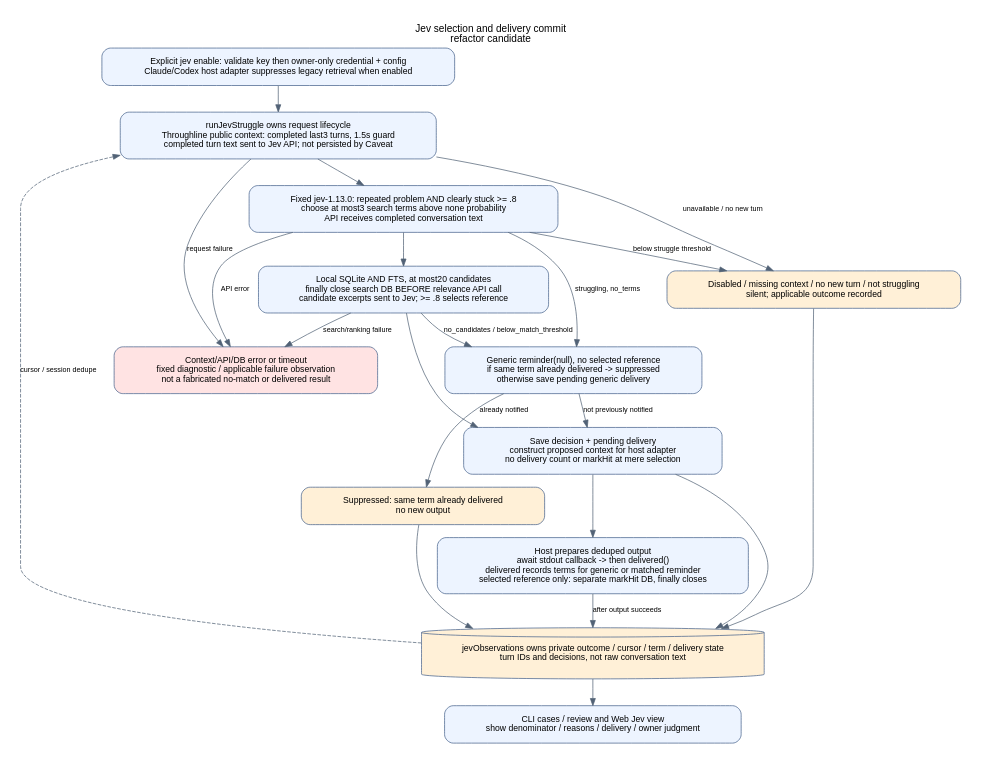
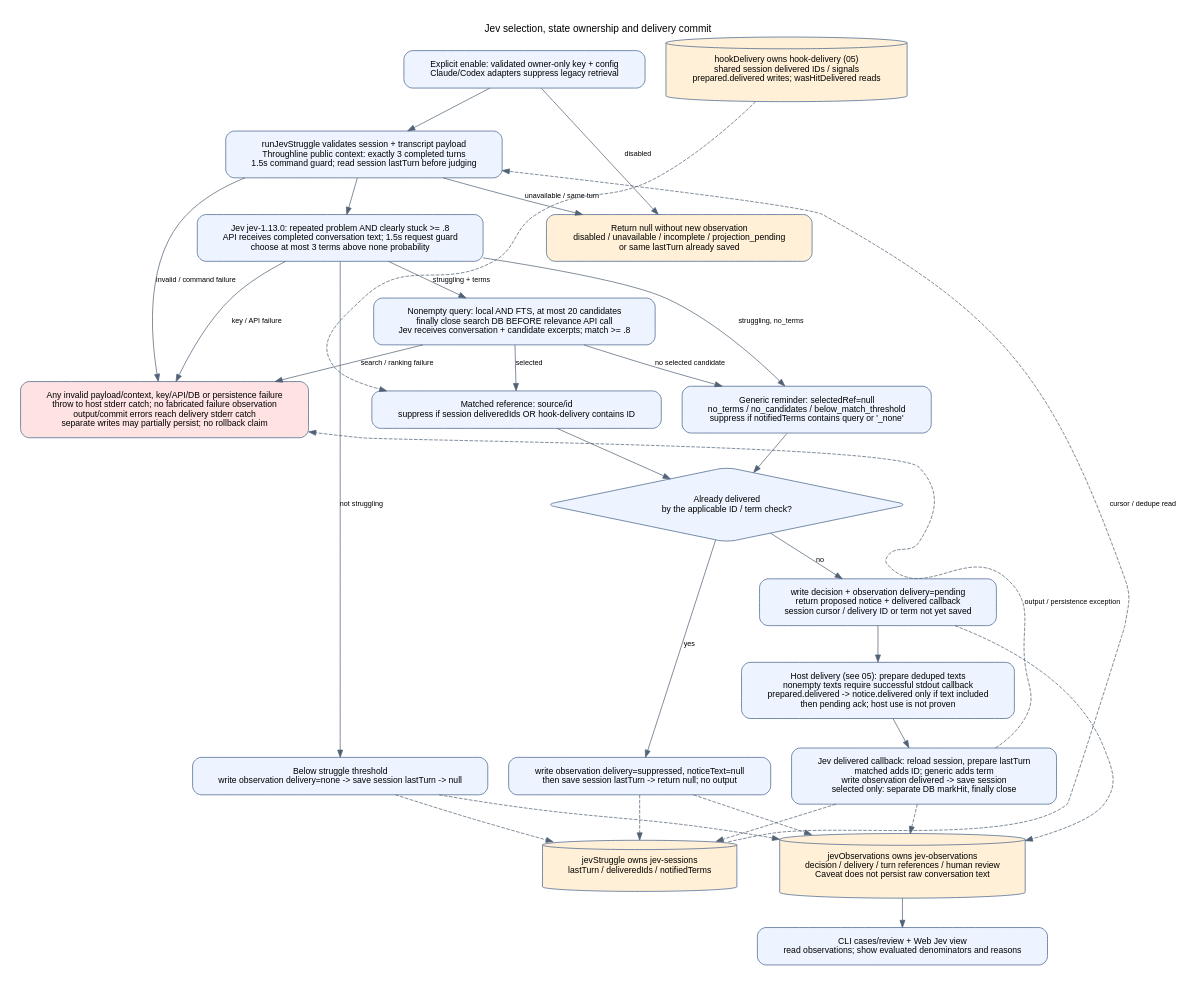
The diagram in docs/diagrams/14-jev.dot (kitepon/Caveat), drawn with Graphviz before and after one commit. The commit also changed 9 other files, not shown here.

Commit message:
docs: clarify Jev state ownership and installation order

```diff
--- a/docs/diagrams/14-jev.dot
+++ b/docs/diagrams/14-jev.dot
@@ -1,35 +1,44 @@
 digraph jev {
- graph [rankdir=TB, bgcolor="white", pad="0.3", nodesep="0.35", ranksep="0.5", fontname="Arial", label="Jev selection and delivery commit\nrefactor candidate", labelloc=t];
- node [shape=box, style="rounded,filled", fillcolor="#edf4ff", color="#45618a", fontname="Arial", fontsize=12, margin="0.8,0.18"];
- edge [fontname="Arial", fontsize=10, color="#526276"];
- enable [label="Explicit jev enable: validate key then owner-only credential + config\nClaude/Codex host adapter suppresses legacy retrieval when enabled"];
- context [label="runJevStruggle owns request lifecycle\nThroughline public context: completed last3 turns, 1.5s guard\ncompleted turn text sent to Jev API; not persisted by Caveat"];
- state [shape=cylinder,fillcolor="#fff0d7",label="jevObservations owns private outcome / cursor / term / delivery state\nturn IDs and decisions, not raw conversation text"];
- score [label="Fixed jev-1.13.0: repeated problem AND clearly stuck >= .8\nchoose at most3 search terms above none probability\nAPI receives completed conversation text"];
- fts [label="Local SQLite AND FTS, at most20 candidates\nfinally close search DB BEFORE relevance API call\ncandidate excerpts sent to Jev; >= .8 selects reference"];
- prepare [label="Save decision + pending delivery\nconstruct proposed context for host adapter\nno delivery count or markHit at mere selection"];
- output [label="Host prepares deduped output\nawait stdout callback -> then delivered()\ndelivered records terms for generic or matched reminder\nselected reference only: separate markHit DB, finally closes"];
- review [label="CLI cases / review and Web Jev view\nshow denominator / reasons / delivery / owner judgment"];
- none [fillcolor="#fff0d7",label="Disabled / missing context / no new turn / not struggling\nsilent; applicable outcome recorded"];
- enable -> context -> score -> fts -> prepare -> output;
- context -> none [label="unavailable / no new turn"];
- score -> none [label="below struggle threshold"];
+ graph [rankdir=TB,bgcolor="white",pad="0.3",nodesep="0.4",ranksep="0.55",fontname="Arial",label="Jev selection, state ownership and delivery commit",labelloc=t];
+ node [shape=box,style="rounded,filled",fillcolor="#edf4ff",color="#45618a",fontname="Arial",fontsize=12,margin="0.5,0.18"];
+ edge [fontname="Arial",fontsize=10,color="#526276"];
+ enable [label="Explicit enable: validated owner-only key + config\nClaude/Codex adapters suppress legacy retrieval"];
+ context [label="runJevStruggle validates session + transcript payload\nThroughline public context: exactly 3 completed turns\n1.5s command guard; read session lastTurn before judging"];
+ silent [fillcolor="#fff0d7",label="Return null without new observation\ndisabled / unavailable / incomplete / projection_pending\nor same lastTurn already saved"];
+ score [label="Jev jev-1.13.0: repeated problem AND clearly stuck >= .8\nAPI receives completed conversation text; 1.5s request guard\nchoose at most 3 terms above none probability"];
+ below [label="Below struggle threshold\nwrite observation delivery=none -> save session lastTurn -> null"];
+ fts [label="Nonempty query: local AND FTS, at most 20 candidates\nfinally close search DB BEFORE relevance API call\nJev receives conversation + candidate excerpts; match >= .8"];
+ matched [label="Matched reference: source/id\nsuppress if session deliveredIds OR hook-delivery contains ID"];
+ generic [label="Generic reminder: selectedRef=null\nno_terms / no_candidates / below_match_threshold\nsuppress if notifiedTerms contains query or '_none'"];
+ dedupe [shape=diamond,label="Already delivered\nby the applicable ID / term check?"];
+ suppressed [label="write observation delivery=suppressed, noticeText=null\nthen save session lastTurn -> return null; no output"];
+ pending [label="write decision + observation delivery=pending\nreturn proposed notice + delivered callback\nsession cursor / delivery ID or term not yet saved"];
+ output [label="Host delivery (see 05): prepare deduped texts\nnonempty texts require successful stdout callback\nprepared.delivered -> notice.delivered only if text included\nthen pending ack; host use is not proven"];
+ commit [label="Jev delivered callback: reload session, prepare lastTurn\nmatched adds ID; generic adds term\nwrite observation delivered -> save session\nselected only: separate DB markHit, finally close"];
+ session [shape=cylinder,fillcolor="#fff0d7",label="jevStruggle owns jev-sessions\nlastTurn / deliveredIds / notifiedTerms"];
+ observation [shape=cylinder,fillcolor="#fff0d7",label="jevObservations owns jev-observations\ndecision / delivery / turn references / human review\nCaveat does not persist raw conversation text"];
+ ledger [shape=cylinder,fillcolor="#fff0d7",label="hookDelivery owns hook-delivery (05)\nshared session delivered IDs / signals\nprepared.delivered writes; wasHitDelivered reads"];
+ review [label="CLI cases/review + Web Jev view\nread observations; show evaluated denominators and reasons"];
+ error [fillcolor="#ffe3e3",label="Any invalid payload/context, key/API/DB or persistence failure\nthrow to host stderr catch; no fabricated failure observation\noutput/commit errors reach delivery stderr catch\nseparate writes may partially persist; no rollback claim"];
+ enable -> context -> score;
+ enable -> silent [label="disabled"];
+ context -> silent [label="unavailable / same turn"];
+ context -> error [label="invalid / command failure"];
+ score -> below [label="not struggling"];
+ score -> fts [label="struggling + terms"];
  score -> generic [label="struggling, no_terms"];
- fts -> generic [label="no_candidates / below_match_threshold"];
- prepare -> state; none -> state; output -> state [label="after output succeeds"];
- state -> context [style=dashed,label="cursor / session dedupe"];
- state -> review;
-
- error [fillcolor="#ffe3e3",label="Context/API/DB error or timeout\nfixed diagnostic / applicable failure observation\nnot a fabricated no-match or delivered result"];
- context -> error [label="request failure"];
- fts -> error [label="search/ranking failure"];
-
-
- generic [label="Generic reminder(null), no selected reference\nif same term already delivered -> suppressed\notherwise save pending generic delivery"];
- suppressed [fillcolor="#fff0d7",label="Suppressed: same term already delivered\nno new output"];
- generic -> prepare [label="not previously notified"];
- generic -> suppressed [label="already notified"];
- suppressed -> state;
- score -> error [label="API error"];
-
+ score -> error [label="key / API failure"];
+ fts -> matched [label="selected"];
+ fts -> generic [label="no selected candidate"];
+ fts -> error [label="search / ranking failure"];
+ matched -> dedupe; generic -> dedupe;
+ dedupe -> suppressed [label="yes"];
+ dedupe -> pending [label="no"];
+ pending -> output -> commit;
+ {below suppressed commit} -> session [style=dashed];
+ {below suppressed pending commit} -> observation [style=dashed];
+ session -> context [style=dashed,label="cursor / dedupe read",constraint=false];
+ ledger -> matched [style=dashed,constraint=false];
+ observation -> review;
+ commit -> error [style=dashed,label="output / persistence exception",constraint=false];
 }
```
